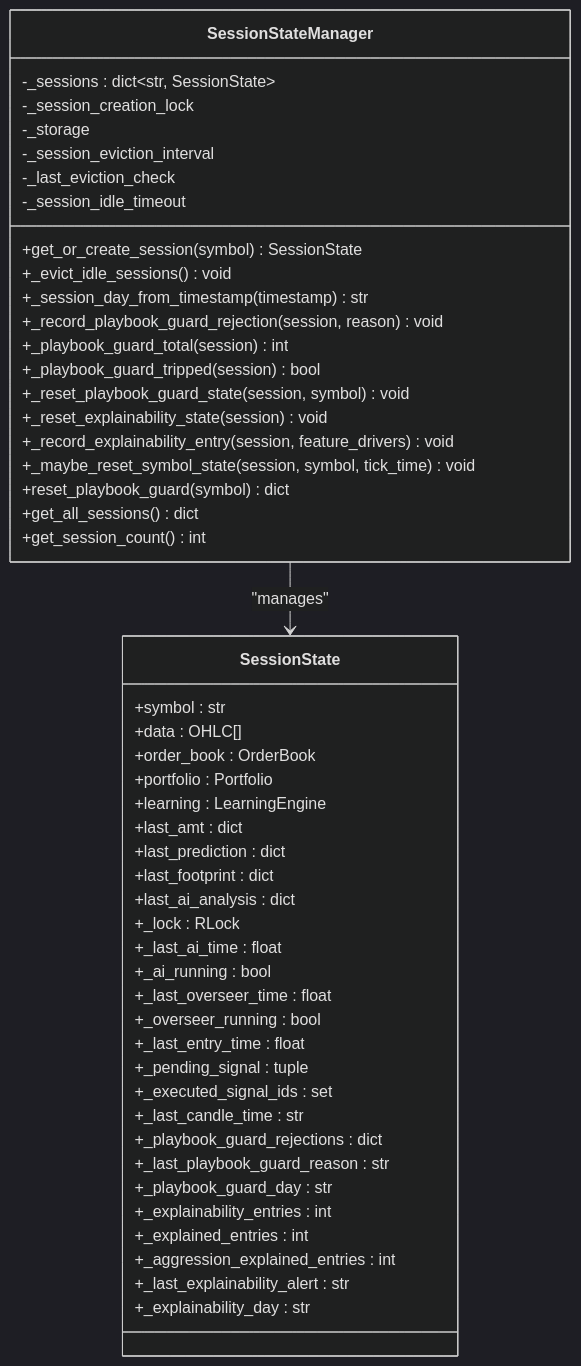
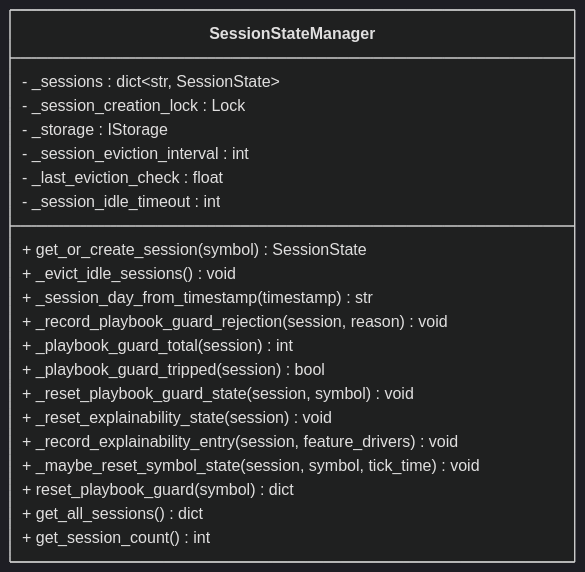
The eighth of 14 diagrams in .qoder/repowiki/en/content/Backend Application/Core Services/Trading Session Service.md (gemrajkhatry-maker/v5-of-glassytrade-ai), drawn with Mermaid (dark theme) before and after one commit. The commit also changed other lines of this file and 219 other files, not shown here.

First line of the commit message:
refactor: major architecture improvements across backend, backendv2, brokers, and frontend

````diff
--- a/.qoder/repowiki/en/content/Backend Application/Core Services/Trading Session Service.md
+++ b/.qoder/repowiki/en/content/Backend Application/Core Services/Trading Session Service.md
@@ -200,53 +347,24 @@
 ```mermaid
 classDiagram
 class SessionStateManager {
--_sessions : dict~str, SessionState~
--_session_creation_lock
--_storage
--_session_eviction_interval
--_last_eviction_check
--_session_idle_timeout
-+get_or_create_session(symbol) SessionState
-+_evict_idle_sessions() void
-+_session_day_from_timestamp(timestamp) str
-+_record_playbook_guard_rejection(session, reason) void
-+_playbook_guard_total(session) int
-+_playbook_guard_tripped(session) bool
-+_reset_playbook_guard_state(session, symbol) void
-+_reset_explainability_state(session) void
-+_record_explainability_entry(session, feature_drivers) void
-+_maybe_reset_symbol_state(session, symbol, tick_time) void
-+reset_playbook_guard(symbol) dict
-+get_all_sessions() dict
-+get_session_count() int
+- _sessions : dict~str, SessionState~
+- _session_creation_lock : Lock
+- _storage : IStorage
+- _session_eviction_interval : int
+- _last_eviction_check : float
+- _session_idle_timeout : int
++ get_or_create_session(symbol) SessionState
++ _evict_idle_sessions() void
++ _session_day_from_timestamp(timestamp) str
++ _record_playbook_guard_rejection(session, reason) void
++ _playbook_guard_total(session) int
++ _playbook_guard_tripped(session) bool
++ _reset_playbook_guard_state(session, symbol) void
++ _reset_explainability_state(session) void
++ _record_explainability_entry(session, feature_drivers) void
++ _maybe_reset_symbol_state(session, symbol, tick_time) void
++ reset_playbook_guard(symbol) dict
++ get_all_sessions() dict
++ get_session_count() int
 }
-class SessionState {
-+symbol : str
-+data : OHLC[]
-+order_book : OrderBook
-+portfolio : Portfolio
-+learning : LearningEngine
-+last_amt : dict
-+last_prediction : dict
-+last_footprint : dict
-+last_ai_analysis : dict
-+_lock : RLock
-+_last_ai_time : float
-+_ai_running : bool
-+_last_overseer_time : float
-+_overseer_running : bool
-+_last_entry_time : float
-+_pending_signal : tuple
-+_executed_signal_ids : set
-+_last_candle_time : str
-+_playbook_guard_rejections : dict
-+_last_playbook_guard_reason : str
-+_playbook_guard_day : str
-+_explainability_entries : int
-+_explained_entries : int
-+_aggression_explained_entries : int
-+_last_explainability_alert : str
-+_explainability_day : str
-}
-SessionStateManager --> SessionState : "manages"
 ```
````
